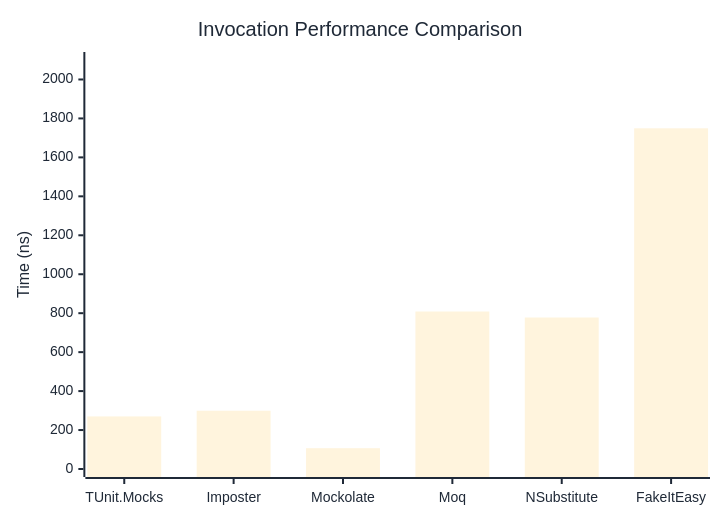
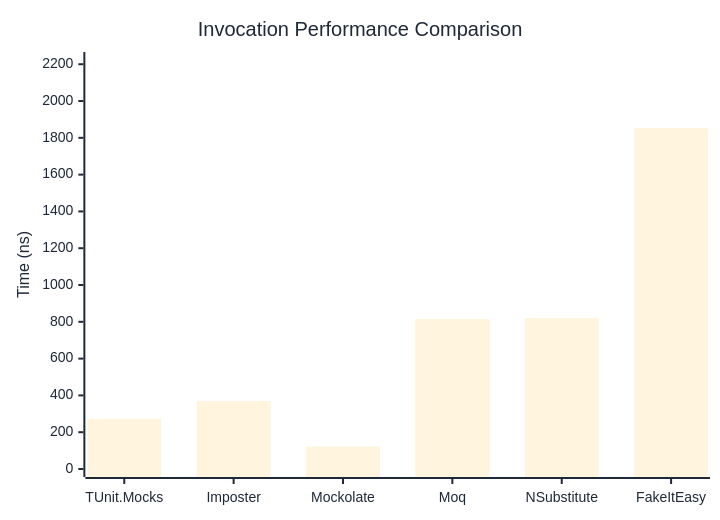
The first of 3 diagrams in docs/docs/benchmarks/mocks/Invocation.md (thomhurst/TUnit), drawn with Mermaid before and after one commit. The commit also changed other lines of this file and 14 other files, not shown here.

````diff
--- a/docs/docs/benchmarks/mocks/Invocation.md
+++ b/docs/docs/benchmarks/mocks/Invocation.md
@@ -30,27 +30,27 @@
 ```mermaid
 %%{init: {
   'theme':'base',
   'themeVariables': {
     'primaryColor': '#2563eb',
     'primaryTextColor': '#1f2937',
     'primaryBorderColor': '#1e40af',
     'lineColor': '#6b7280',
     'secondaryColor': '#7c3aed',
     'tertiaryColor': '#dc2626',
     'background': '#ffffff',
     'pie1': '#2563eb',
     'pie2': '#7c3aed',
     'pie3': '#dc2626',
     'pie4': '#f59e0b',
     'pie5': '#10b981',
     'pie6': '#06b6d4',
     'pie7': '#ec4899',
     'pie8': '#6366f1'
   }
 }}%%
 xychart-beta
   title "Invocation Performance Comparison"
   x-axis ["TUnit.Mocks", "Imposter", "Mockolate", "Moq", "NSubstitute", "FakeItEasy"]
-  y-axis "Time (ns)" 0 --> 2100
-  bar [269.95, 299.2, 106.83, 808.65, 777.82, 1749.31]
+  y-axis "Time (ns)" 0 --> 2223
+  bar [272.6, 368.7, 121.8, 814.8, 820.6, 1852.5]
 ```
````
